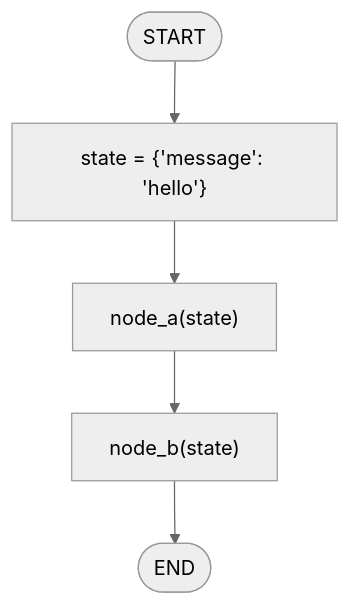
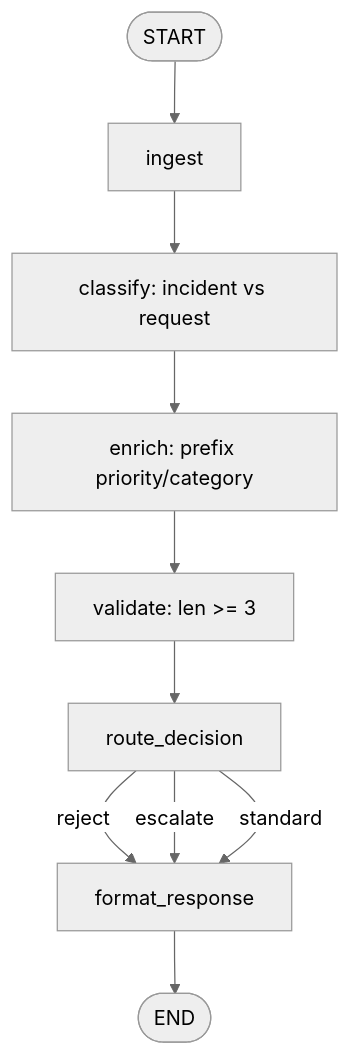
The diagram in src/01_state_basics/README.md (xergioalex/agent-lab), drawn with Mermaid (neutral theme) before and after one commit. The commit also changed other lines of this file and 29 other files, not shown here.

First line of the commit message:
feat(on-ramp): rewrite modules 01-10 as advanced graph exercises

````diff
--- a/src/01_state_basics/README.md
+++ b/src/01_state_basics/README.md
@@ -41,7 +30,12 @@
 ```mermaid
 flowchart TD
-    START([START]) --> init["state = {'message': 'hello'}"]
-    init --> node_a["node_a(state)"]
-    node_a --> node_b["node_b(state)"]
-    node_b --> END([END])
+    START([START]) --> ingest["ingest"]
+    ingest --> classify["classify: incident vs request"]
+    classify --> enrich["enrich: prefix priority/category"]
+    enrich --> validate["validate: len >= 3"]
+    validate --> route["route_decision"]
+    route -->|"reject"| format["format_response"]
+    route -->|"escalate"| format
+    route -->|"standard"| format
+    format --> END([END])
 ```
````
